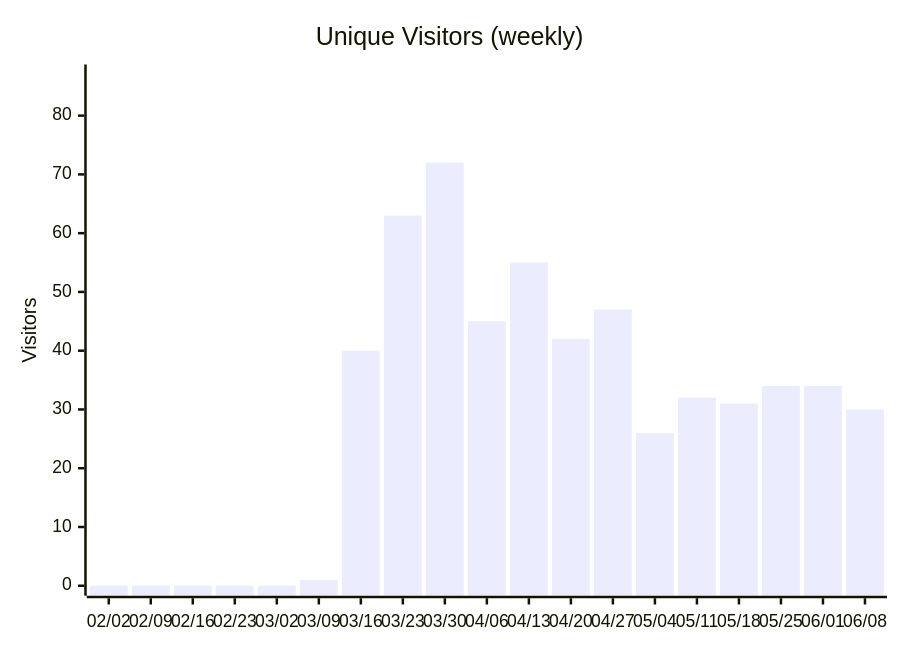
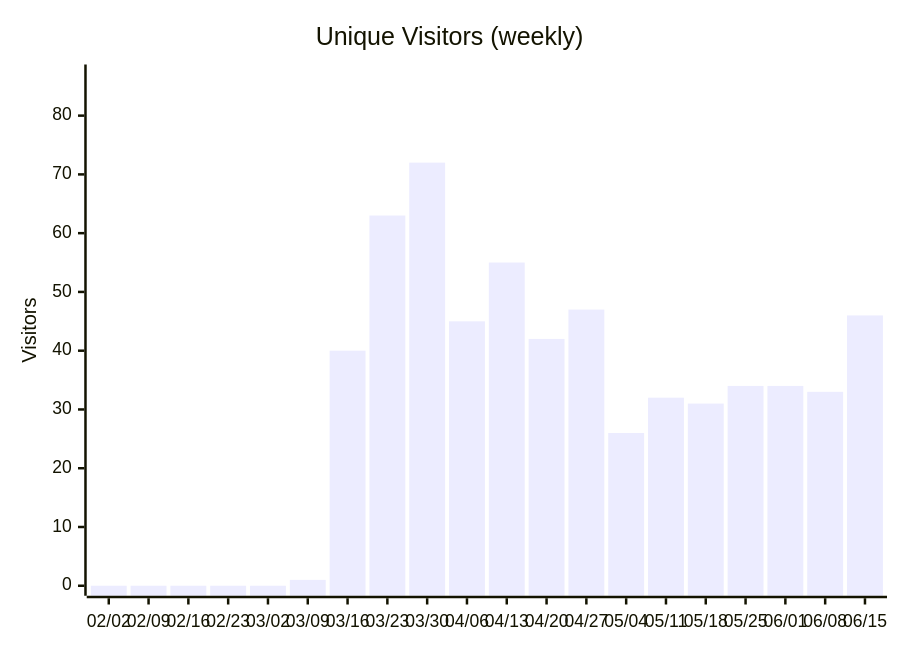
Diagram 13 of 14 in docs/metrics.md (nablarch/nabledge-dev), drawn with Mermaid before and after one commit. The commit also changed other lines of this file and 2 other files, not shown here.

````diff
--- a/docs/metrics.md
+++ b/docs/metrics.md
@@ -169,7 +169,7 @@
 ```mermaid
 xychart-beta
   title "Unique Visitors (weekly)"
-  x-axis ["02/02", "02/09", "02/16", "02/23", "03/02", "03/09", "03/16", "03/23", "03/30", "04/06", "04/13", "04/20", "04/27", "05/04", "05/11", "05/18", "05/25", "06/01", "06/08"]
+  x-axis ["02/02", "02/09", "02/16", "02/23", "03/02", "03/09", "03/16", "03/23", "03/30", "04/06", "04/13", "04/20", "04/27", "05/04", "05/11", "05/18", "05/25", "06/01", "06/08", "06/15"]
   y-axis "Visitors" 0 --> 87
-  bar [0, 0, 0, 0, 0, 1, 40, 63, 72, 45, 55, 42, 47, 26, 32, 31, 34, 34, 30]
+  bar [0, 0, 0, 0, 0, 1, 40, 63, 72, 45, 55, 42, 47, 26, 32, 31, 34, 34, 33, 46]
 ```
````
